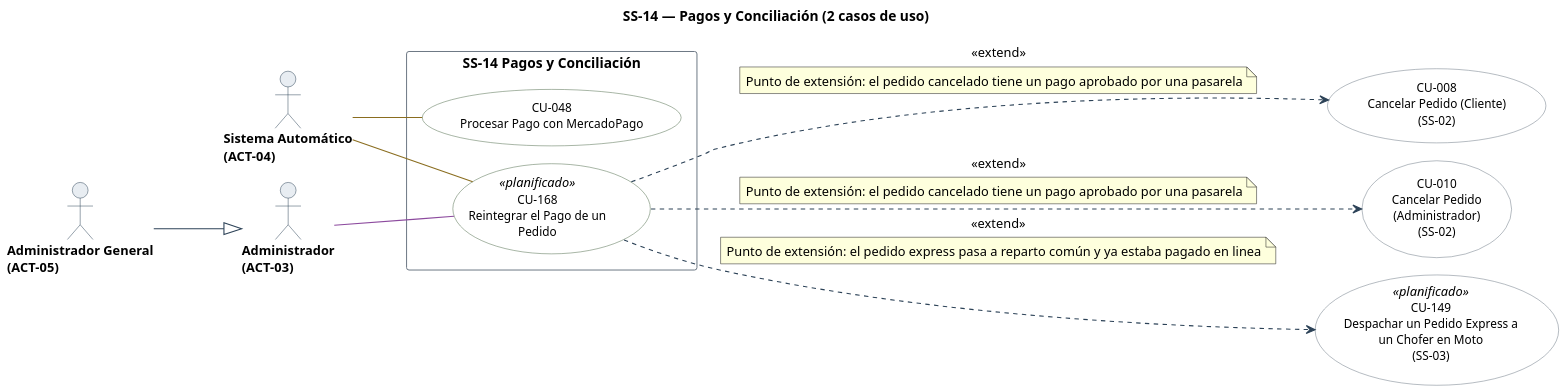
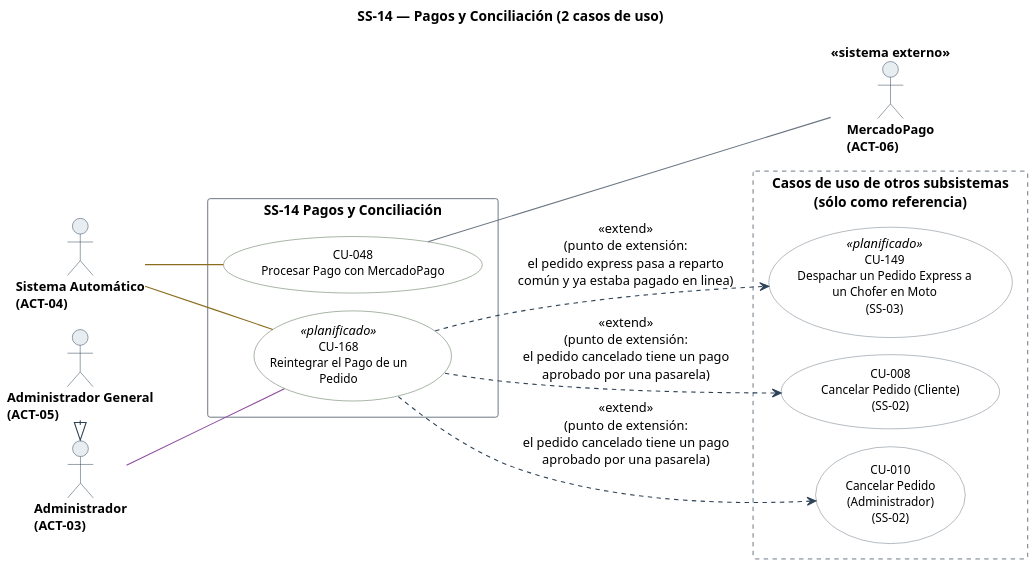
Before and after one commit to Nahuelito-Dev/splg-docs: the diagram in diagramas/uml/CU_SS-14_Pagos-Y-Conciliacion.puml, drawn with PlantUML. The commit also changed 1851 other files, not shown here.

First line of the commit message:
docs: documentación completa en notación UML, un caso de uso por operación y modelo de datos al día

```diff
--- a/diagramas/uml/CU_SS-14_Pagos-Y-Conciliacion.puml
+++ b/diagramas/uml/CU_SS-14_Pagos-Y-Conciliacion.puml
@@ -1,69 +1,64 @@
 @startuml
 title SS-14 — Pagos y Conciliación (2 casos de uso)
 left to right direction
 skinparam backgroundColor #FFFFFF
 skinparam shadowing false
 skinparam defaultFontName Helvetica
 skinparam defaultFontSize 13
 skinparam dpi 150
 skinparam ArrowColor #2C4257
 skinparam ArrowThickness 1.1
 skinparam actor {
   BorderColor #2C4257
   BackgroundColor #E8EDF2
   FontSize 13
   FontStyle bold
 }
 skinparam usecase {
   BorderColor #2C4257
   BackgroundColor #FFFFFF
   FontSize 12
 }
 skinparam rectangle {
   BorderColor #6B7683
   FontSize 14
   FontStyle bold
 }
 
 skinparam nodesep 18
 skinparam ranksep 70
 skinparam usecase {
   BorderColor<<planificado>> #9C4436
   BackgroundColor<<planificado>> #F6E4E1
   BorderColor<<factorizado>> #6B7683
   BackgroundColor<<factorizado>> #F2F4F6
 }
 
 actor "Administrador\n(ACT-03)" as A03
 actor "Sistema Automático\n(ACT-04)" as A04
 actor "Administrador General\n(ACT-05)" as A05
+actor "MercadoPago\n(ACT-06)" as A06 <<sistema externo>>
 
 rectangle "SS-14 Pagos y Conciliación" {
   usecase "CU-048\nProcesar Pago con MercadoPago" as U048 #back:FFFFFF;line:4E6B4A
   usecase "CU-168\nReintegrar el Pago de un\nPedido" as U168 <<planificado>> #back:FFFFFF;line:4E6B4A
 }
 
-usecase "CU-008\nCancelar Pedido (Cliente)\n(SS-02)" as U008 #back:FFFFFF;line:6B7683
-usecase "CU-010\nCancelar Pedido\n(Administrador)\n(SS-02)" as U010 #back:FFFFFF;line:6B7683
-usecase "CU-149\nDespachar un Pedido Express a\nun Chofer en Moto\n(SS-03)" as U149 <<planificado>> #back:FFFFFF;line:6B7683
+rectangle "Casos de uso de otros subsistemas\n(sólo como referencia)" as OTROS #back:FFFFFF;line:6B7683;line.dashed {
+  usecase "CU-008\nCancelar Pedido (Cliente)\n(SS-02)" as U008 #back:FFFFFF;line:6B7683
+  usecase "CU-010\nCancelar Pedido\n(Administrador)\n(SS-02)" as U010 #back:FFFFFF;line:6B7683
+  usecase "CU-149\nDespachar un Pedido Express a\nun Chofer en Moto\n(SS-03)" as U149 <<planificado>> #back:FFFFFF;line:6B7683
+}
 
 A03 -[#8C4A9E]- U168
 A04 -[#8A6D1F]- U048
 A04 -[#8A6D1F]- U168
-A05 --|> A03
+U048 -[#6B7683]- A06
+A05 -right-|> A03
 
 ' <<extend>>: comportamiento opcional. La flecha va de la extension al caso base.
-U168 ..> U008 : <<extend>>
-note on link
-  Punto de extensión: el pedido cancelado tiene un pago aprobado por una pasarela
-end note
-U168 ..> U010 : <<extend>>
-note on link
-  Punto de extensión: el pedido cancelado tiene un pago aprobado por una pasarela
-end note
-U168 ..> U149 : <<extend>>
-note on link
-  Punto de extensión: el pedido express pasa a reparto común y ya estaba pagado en linea
-end note
+U168 ..> U008 : <<extend>>\n(punto de extensión:\nel pedido cancelado tiene un pago\naprobado por una pasarela)
+U168 ..> U010 : <<extend>>\n(punto de extensión:\nel pedido cancelado tiene un pago\naprobado por una pasarela)
+U168 ..> U149 : <<extend>>\n(punto de extensión:\nel pedido express pasa a reparto\ncomún y ya estaba pagado en linea)
 
 @enduml
```
